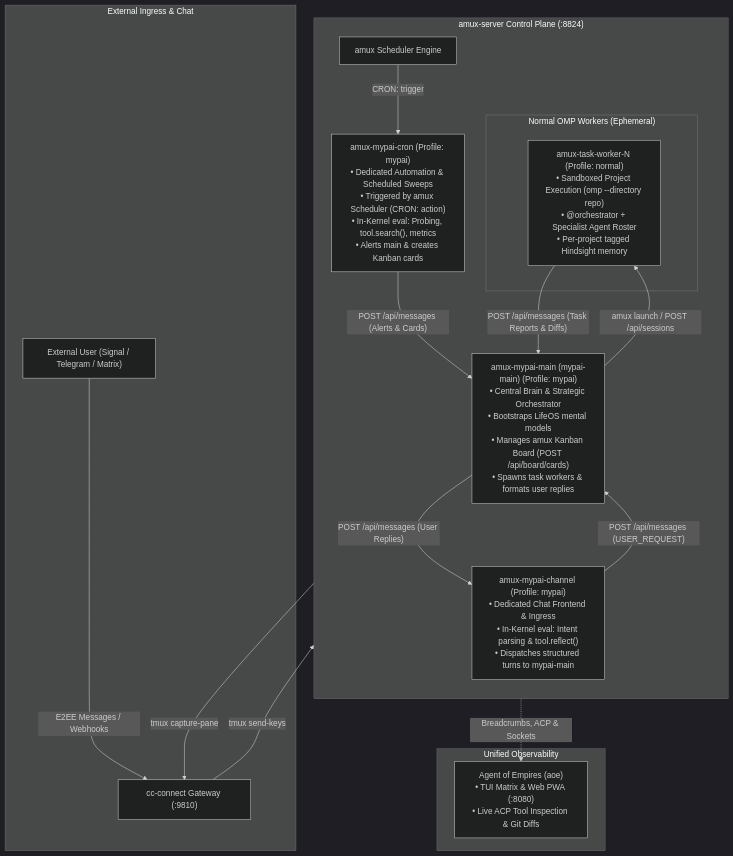
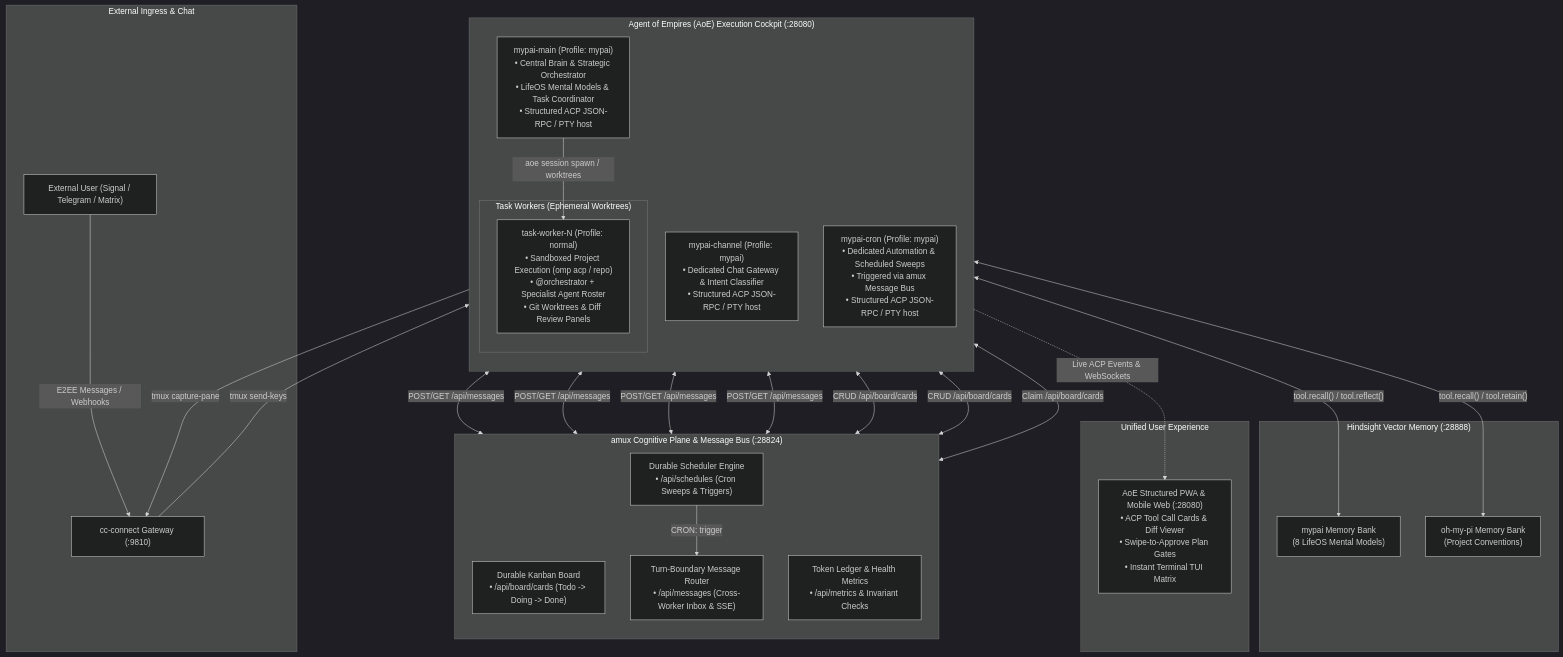
The first of 2 diagrams in references/mypai-spec.md (wuxxin/mypai), drawn with Mermaid (dark theme) before and after one commit. The commit also changed other lines of this file and 18 other files, not shown here.

First line of the commit message:
docs/diagrams: update architecture diagrams and specifications for AoE ACP host and 2xxxx ports

````diff
--- a/references/mypai-spec.md
+++ b/references/mypai-spec.md
@@ -14,41 +14,60 @@
 ```mermaid
 flowchart TD
     subgraph External["External Ingress & Chat"]
         User["External User (Signal / Telegram / Matrix)"]
         CC["cc-connect Gateway (:9810)"]
         User -->|"E2EE Messages / Webhooks"| CC
     end
 
-    subgraph AmuxPlane["amux-server Control Plane (:8824)"]
+    subgraph AoECockpit["Agent of Empires (AoE) Execution Cockpit (:28080)"]
         direction TB
         
-        Chan["amux-mypai-channel (Profile: mypai)<br/>• Dedicated Chat Frontend & Ingress<br/>• In-Kernel eval: Intent parsing & tool.reflect()<br/>• Dispatches structured turns to mypai-main"]
+        Chan["mypai-channel (Profile: mypai)<br/>• Dedicated Chat Gateway & Intent Classifier<br/>• Structured ACP JSON-RPC / PTY host"]
         
-        Work["amux-mypai-main (mypai-main) (Profile: mypai)<br/>• Central Brain & Strategic Orchestrator<br/>• Bootstraps LifeOS mental models<br/>• Manages amux Kanban Board (POST /api/board/cards)<br/>• Spawns task workers & formats user replies"]
+        Main["mypai-main (Profile: mypai)<br/>• Central Brain & Strategic Orchestrator<br/>• LifeOS Mental Models & Task Coordinator<br/>• Structured ACP JSON-RPC / PTY host"]
         
-        Cron["amux-mypai-cron (Profile: mypai)<br/>• Dedicated Automation & Scheduled Sweeps<br/>• Triggered by amux Scheduler (CRON: action)<br/>• In-Kernel eval: Probing, tool.search(), metrics<br/>• Alerts main & creates Kanban cards"]
+        Cron["mypai-cron (Profile: mypai)<br/>• Dedicated Automation & Scheduled Sweeps<br/>• Triggered via amux Message Bus<br/>• Structured ACP JSON-RPC / PTY host"]
         
-        Sched["amux Scheduler Engine"]
-        Sched -->|"CRON: trigger"| Cron
+        subgraph Workers["Task Workers (Ephemeral Worktrees)"]
+            TaskW["task-worker-N (Profile: normal)<br/>• Sandboxed Project Execution (omp acp / repo)<br/>• @orchestrator + Specialist Agent Roster<br/>• Git Worktrees & Diff Review Panels"]
+        end
+
+        Main -->|"aoe session spawn / worktrees"| TaskW
+    end
+
+    subgraph AmuxPlane["amux Cognitive Plane & Message Bus (:28824)"]
+        direction TB
+        Board["Durable Kanban Board<br/>• /api/board/cards (Todo -> Doing -> Done)"]
+        Bus["Turn-Boundary Message Router<br/>• /api/messages (Cross-Worker Inbox & SSE)"]
+        Sched["Durable Scheduler Engine<br/>• /api/schedules (Cron Sweeps & Triggers)"]
+        Ledger["Token Ledger & Health Metrics<br/>• /api/metrics & Invariant Checks"]
         
-        Chan -->|"POST /api/messages (USER_REQUEST)"| Work
-        Work -->|"POST /api/messages (User Replies)"| Chan
-        Cron -->|"POST /api/messages (Alerts & Cards)"| Work
-        
-        subgraph Workers["Normal OMP Workers (Ephemeral)"]
-            TaskW["amux-task-worker-N (Profile: normal)<br/>• Sandboxed Project Execution (omp --directory repo)<br/>• @orchestrator + Specialist Agent Roster<br/>• Per-project tagged Hindsight memory"]
-        end
-        
-        Work -->|"amux launch / POST /api/sessions"| TaskW
-        TaskW -->|"POST /api/messages (Task Reports & Diffs)"| Work
+        Sched -->|"CRON: trigger"| Bus
+    end
+
+    subgraph MemoryPlane["Hindsight Vector Memory (:28888)"]
+        BankMypai["mypai Memory Bank<br/>(8 LifeOS Mental Models)"]
+        BankOmp["oh-my-pi Memory Bank<br/>(Project Conventions)"]
     end
 
     CC -->|"tmux send-keys"| Chan
     Chan -->|"tmux capture-pane"| CC
 
-    subgraph Observability["Unified Observability"]
-        AOE["Agent of Empires (aoe)<br/>• TUI Matrix & Web PWA (:8080)<br/>• Live ACP Tool Inspection & Git Diffs"]
+    Chan <-->|"POST/GET /api/messages"| Bus
+    Main <-->|"POST/GET /api/messages"| Bus
+    Cron <-->|"POST/GET /api/messages"| Bus
+    TaskW <-->|"POST/GET /api/messages"| Bus
+
+    Main <-->|"CRUD /api/board/cards"| Board
+    Cron <-->|"CRUD /api/board/cards"| Board
+    TaskW <-->|"Claim /api/board/cards"| Board
+
+    Main <-->|"tool.recall() / tool.reflect()"| BankMypai
+    TaskW <-->|"tool.recall() / tool.retain()"| BankOmp
+
+    subgraph Observability["Unified User Experience"]
+        PWA["AoE Structured PWA & Mobile Web (:28080)<br/>• ACP Tool Call Cards & Diff Viewer<br/>• Swipe-to-Approve Plan Gates<br/>• Instant Terminal TUI Matrix"]
     end
 
-    AmuxPlane -.->|"Breadcrumbs, ACP & Sockets"| AOE
+    AoECockpit -.->|"Live ACP Events & WebSockets"| PWA
 ```
````
